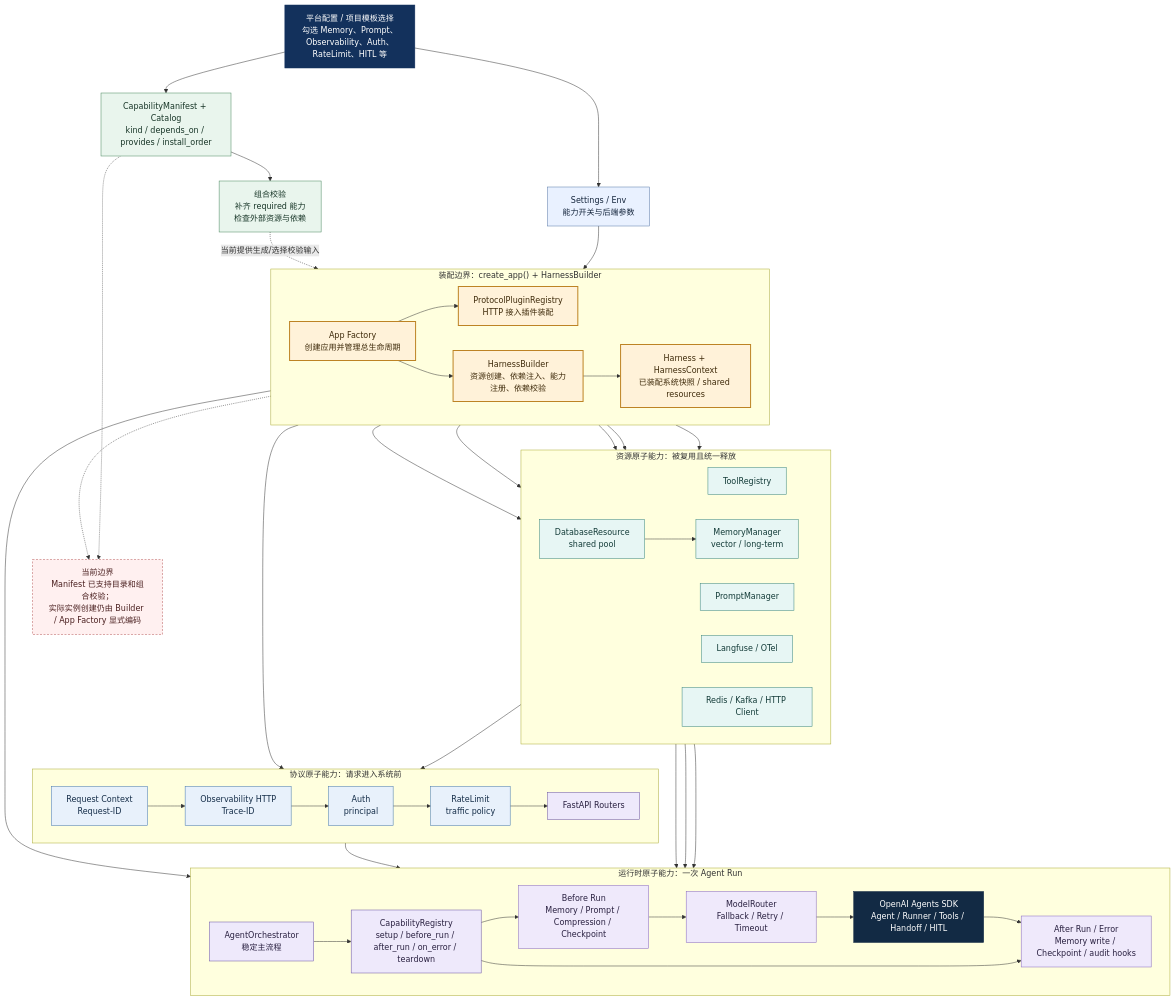
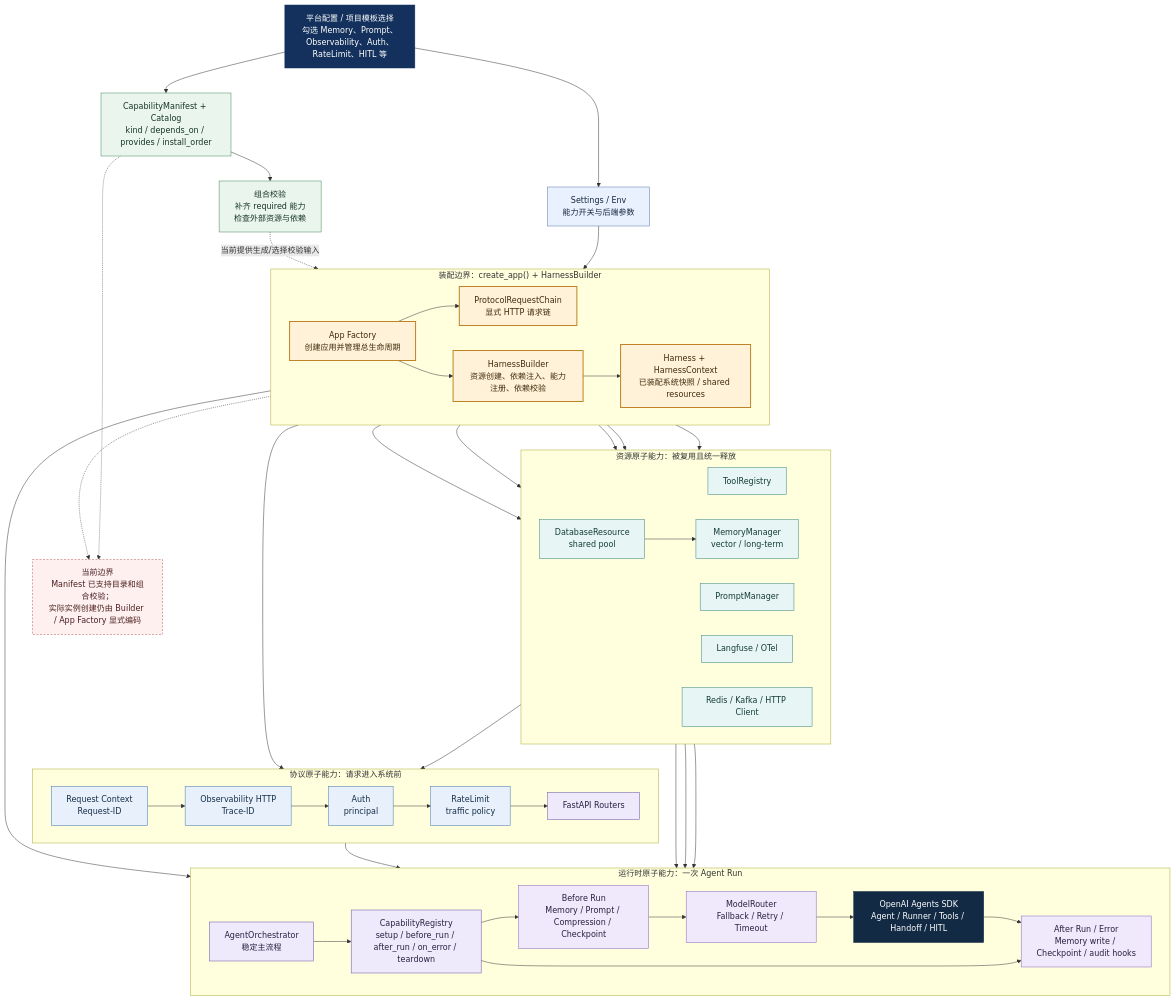
The first of 6 diagrams in docs/architecture/ARCHITECTURE_DESIGN.md (rnb-tron/openai-agents-harness), drawn with Mermaid before and after one commit. The commit also changed other lines of this file and 67 other files, not shown here.

```diff
--- a/docs/architecture/ARCHITECTURE_DESIGN.md
+++ b/docs/architecture/ARCHITECTURE_DESIGN.md
@@ -21,7 +21,7 @@
     subgraph Assembly["装配边界：create_app() + HarnessBuilder"]
         direction LR
         AppFactory["App Factory<br/>创建应用并管理总生命周期"]:::assembly
-        ProtocolAssembly["ProtocolPluginRegistry<br/>HTTP 接入插件装配"]:::assembly
+        ProtocolAssembly["ProtocolRequestChain<br/>显式 HTTP 请求链"]:::assembly
         HarnessBuilder["HarnessBuilder<br/>资源创建、依赖注入、能力注册、依赖校验"]:::assembly
         Harness["Harness + HarnessContext<br/>已装配系统快照 / shared resources"]:::assembly
 
```
